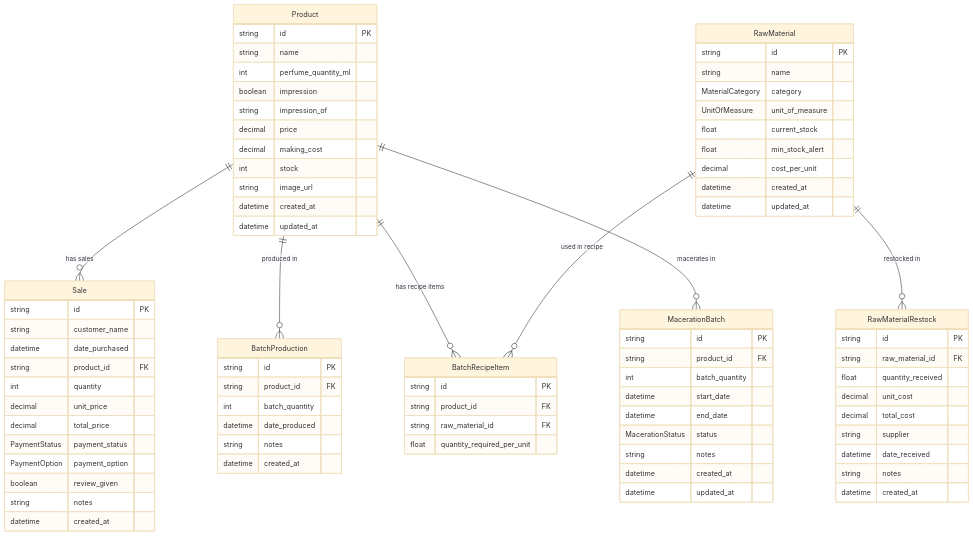
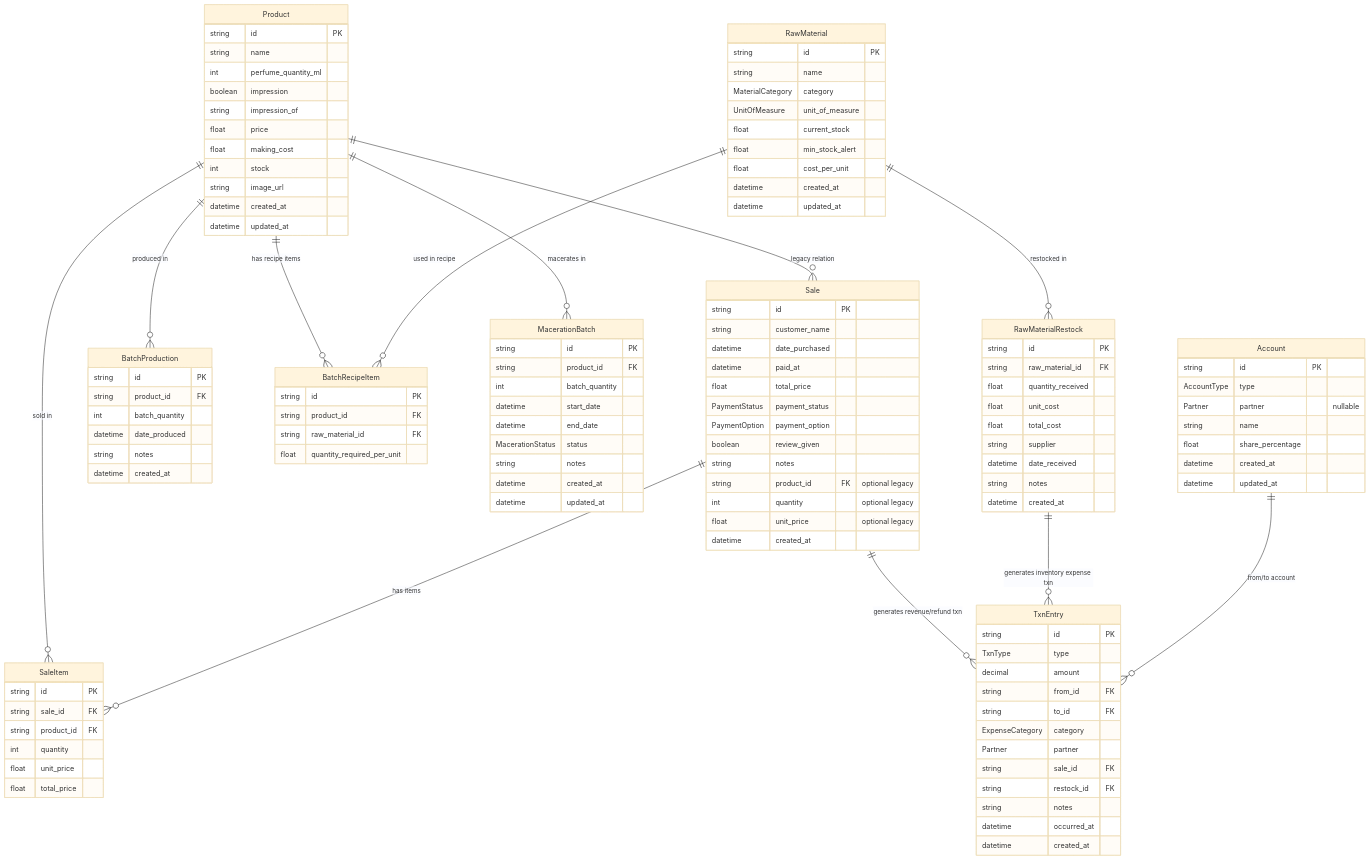
The diagram in docs/database.md (hashir1313/invento), drawn with Mermaid (base theme) before and after one commit. The commit also changed other lines of this file and 6 other files, not shown here.

Commit message:
docs: sync documentation with multi-item sales and double-entry banking ledger

````diff
--- a/docs/database.md
+++ b/docs/database.md
@@ -13,11 +13,20 @@
 ```mermaid
 erDiagram
-    Product ||--o{ Sale : "has sales"
+    Product ||--o{ Sale : "legacy relation"
+    Product ||--o{ SaleItem : "sold in"
     Product ||--o{ BatchProduction : "produced in"
     Product ||--o{ BatchRecipeItem : "has recipe items"
     Product ||--o{ MacerationBatch : "macerates in"
+
+    Sale ||--o{ SaleItem : "has items"
+    Sale ||--o{ TxnEntry : "generates revenue/refund txn"
+
     RawMaterial ||--o{ RawMaterialRestock : "restocked in"
     RawMaterial ||--o{ BatchRecipeItem : "used in recipe"
+
+    RawMaterialRestock ||--o{ TxnEntry : "generates inventory expense txn"
+
+    Account ||--o{ TxnEntry : "from/to account"
 
     Product {
         string id PK
@@ -25,8 +34,8 @@
         int perfume_quantity_ml
         boolean impression
         string impression_of
-        decimal price
-        decimal making_cost
+        float price
+        float making_cost
         int stock
         string image_url
         datetime created_at
@@ -37,15 +46,25 @@
         string id PK
         string customer_name
         datetime date_purchased
-        string product_id FK
-        int quantity
-        decimal unit_price
-        decimal total_price
+        datetime paid_at
+        float total_price
         PaymentStatus payment_status
         PaymentOption payment_option
         boolean review_given
         string notes
+        string product_id FK "optional legacy"
+        int quantity "optional legacy"
+        float unit_price "optional legacy"
         datetime created_at
+    }
+
+    SaleItem {
+        string id PK
+        string sale_id FK
+        string product_id FK
+        int quantity
+        float unit_price
+        float total_price
     }
 
     RawMaterial {
@@ -55,7 +74,7 @@
         UnitOfMeasure unit_of_measure
         float current_stock
         float min_stock_alert
-        decimal cost_per_unit
+        float cost_per_unit
         datetime created_at
         datetime updated_at
     }
@@ -64,8 +83,8 @@
         string id PK
         string raw_material_id FK
         float quantity_received
-        decimal unit_cost
-        decimal total_cost
+        float unit_cost
+        float total_cost
         string supplier
         datetime date_received
         string notes
@@ -99,4 +118,29 @@
         datetime created_at
         datetime updated_at
     }
+
+    Account {
+        string id PK
+        AccountType type
+        Partner partner "nullable"
+        string name
+        float share_percentage
+        datetime created_at
+        datetime updated_at
+    }
+
+    TxnEntry {
+        string id PK
+        TxnType type
+        decimal amount
+        string from_id FK
+        string to_id FK
+        ExpenseCategory category
+        Partner partner
+        string sale_id FK
+        string restock_id FK
+        string notes
+        datetime occurred_at
+        datetime created_at
+    }
 ```
````
